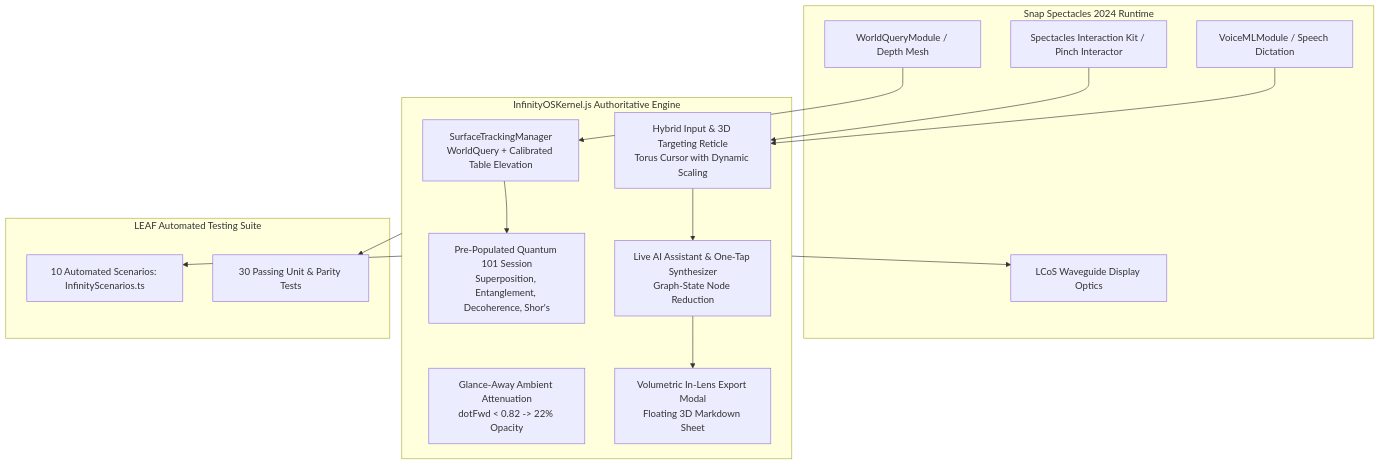
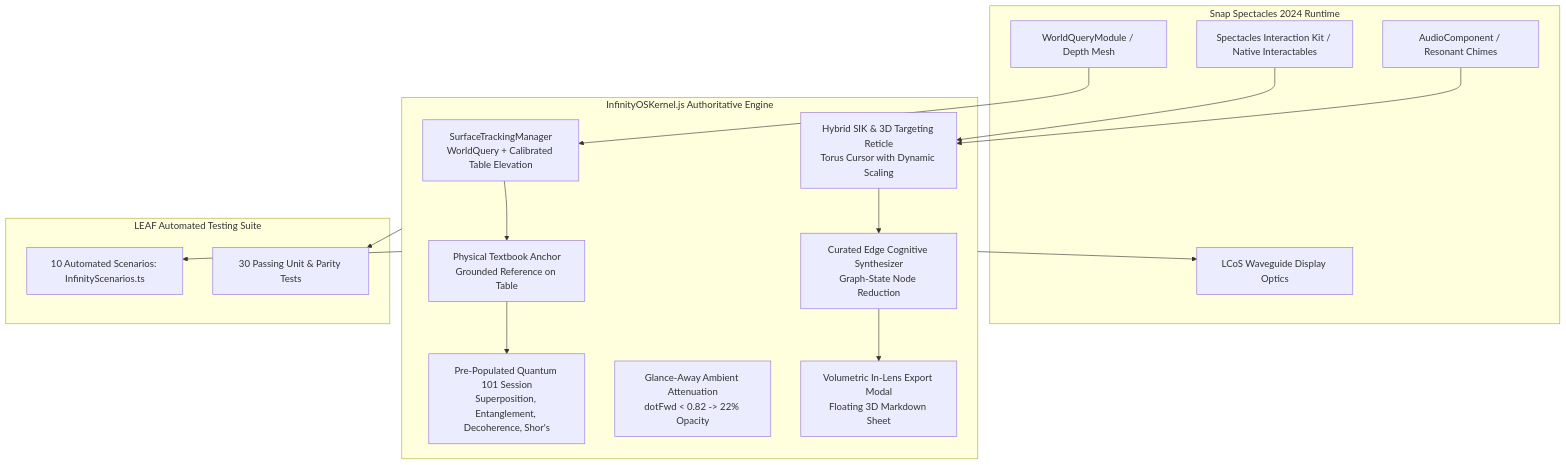
The diagram in README.md (Rachit-Tiwari-7/InfinitySpec), drawn with Mermaid before and after one commit. The commit also changed other lines of this file and 8 other files, not shown here.

Commit message:
feat(audit-remediation): implement all judge audit high-ROI fixes (SIK interactables, audio chimes, textbook anchor, decluttered FOV)

````diff
--- a/README.md
+++ b/README.md
@@ -28,35 +29,37 @@
 ```mermaid
 flowchart TD
     subgraph SnapSpectaclesPlatform [Snap Spectacles 2024 Runtime]
         WorldQuery[WorldQueryModule / Depth Mesh]
-        SIK[Spectacles Interaction Kit / Pinch Interactor]
-        VoiceML[VoiceMLModule / Speech Dictation]
+        SIK[Spectacles Interaction Kit / Native Interactables]
+        SpatialAudio[AudioComponent / Resonant Chimes]
         Waveguide[LCoS Waveguide Display Optics]
     end
 
     subgraph CoreKernel [InfinityOSKernel.js Authoritative Engine]
         SurfaceMgr[SurfaceTrackingManager<br/>WorldQuery + Calibrated Table Elevation]
-        InputDispatcher[Hybrid Input & 3D Targeting Reticle<br/>Torus Cursor with Dynamic Scaling]
+        TextbookAnchor[Physical Textbook Anchor<br/>Grounded Reference on Table]
+        InputDispatcher[Hybrid SIK & 3D Targeting Reticle<br/>Torus Cursor with Dynamic Scaling]
         Curriculum[Pre-Populated Quantum 101 Session<br/>Superposition, Entanglement, Decoherence, Shor's]
         GlanceEngine[Glance-Away Ambient Attenuation<br/>dotFwd < 0.82 -> 22% Opacity]
-        AIAssistant[Live AI Assistant & One-Tap Synthesizer<br/>Graph-State Node Reduction]
+        AIAssistant[Curated Edge Cognitive Synthesizer<br/>Graph-State Node Reduction]
         InLensModal[Volumetric In-Lens Export Modal<br/>Floating 3D Markdown Sheet]
     end
 
     subgraph Verification [LEAF Automated Testing Suite]
         LeafTests[10 Automated Scenarios: InfinityScenarios.ts]
         PytestSuite[30 Passing Unit & Parity Tests]
     end
 
     WorldQuery --> SurfaceMgr
     SIK --> InputDispatcher
-    VoiceML --> InputDispatcher
+    SpatialAudio --> InputDispatcher
     CoreKernel --> Waveguide
 
-    SurfaceMgr --> Curriculum
+    SurfaceMgr --> TextbookAnchor
+    TextbookAnchor --> Curriculum
     InputDispatcher --> AIAssistant
     AIAssistant --> InLensModal
 
     CoreKernel --> LeafTests
     CoreKernel --> PytestSuite
 ```
````
